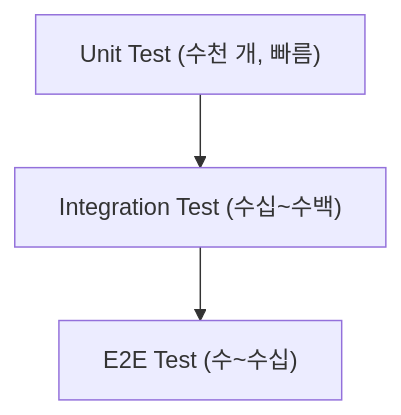
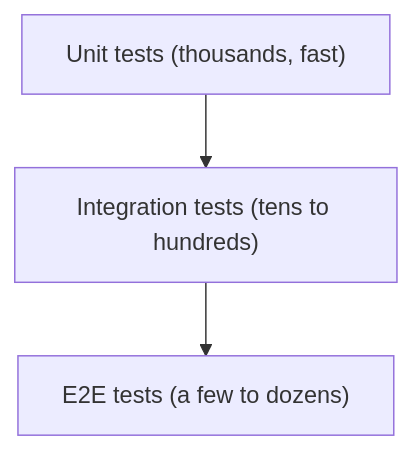
One commit to yeongseon-books/book-content changed the diagram in content/testing-101/ko/02-unit-test.md. Above: the diagram before and after it, drawn with Mermaid. The commit also changed other lines of this file and 9 other files, not shown here.

````diff
--- a/content/testing-101/ko/02-unit-test.md
+++ b/content/testing-101/ko/02-unit-test.md
@@ -35,5 +51,5 @@
 ```mermaid
 flowchart TB
-    Unit["Unit Test (수천 개, 빠름)"] --> Integ["Integration Test (수십~수백)"]
-    Integ --> E2E["E2E Test (수~수십)"]
+    Unit["Unit tests (thousands, fast)"] --> Integ["Integration tests (tens to hundreds)"]
+    Integ --> E2E["E2E tests (a few to dozens)"]
 ```
````
